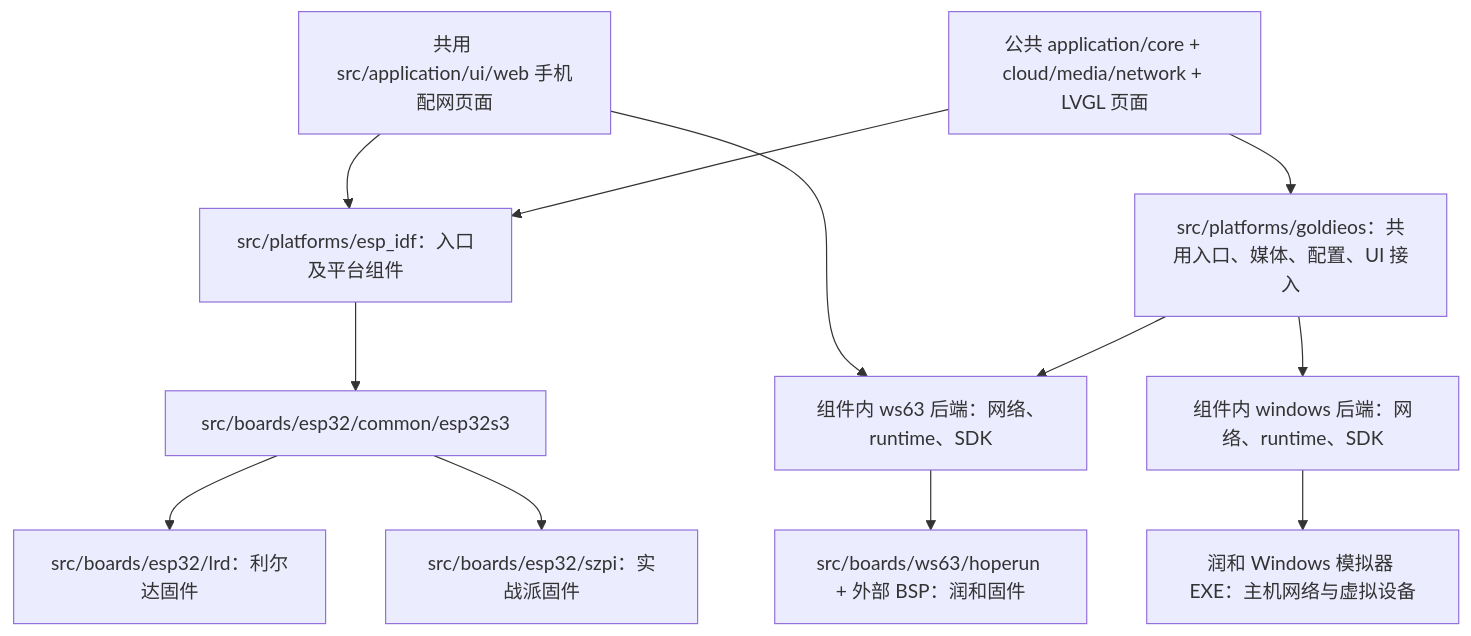
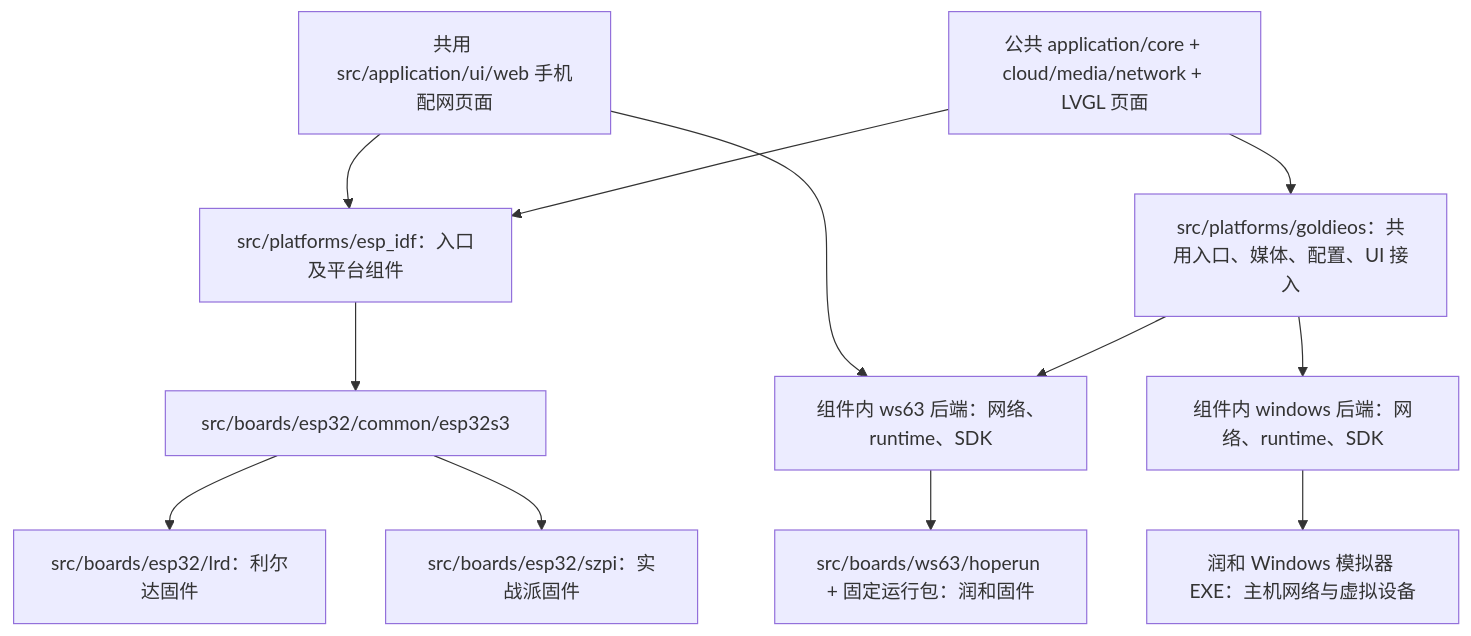
One commit to dbwu/ai-hardware-agent-examples changed the second of 4 diagrams in docs/architecture-walkthrough.md. Above: the diagram before and after it, drawn with Mermaid. The commit also changed other lines of this file and 42 other files, not shown here.

````diff
--- a/docs/architecture-walkthrough.md
+++ b/docs/architecture-walkthrough.md
@@ -77,15 +77,15 @@
 ```mermaid
 flowchart TB
     Shared[公共 application/core + cloud/media/network + LVGL 页面]
     Shared --> ESP[src/platforms/esp_idf：入口及平台组件]
     Shared --> Gold[src/platforms/goldieos：共用入口、媒体、配置、UI 接入]
     ESP --> EBoard[src/boards/esp32/common/esp32s3]
     EBoard --> LRD[src/boards/esp32/lrd：利尔达固件]
     EBoard --> SZPI[src/boards/esp32/szpi：实战派固件]
     Gold --> WS[组件内 ws63 后端：网络、runtime、SDK]
     Gold --> Win[组件内 windows 后端：网络、runtime、SDK]
-    WS --> HB[src/boards/ws63/hoperun + 外部 BSP：润和固件]
+    WS --> HB[src/boards/ws63/hoperun + 固定运行包：润和固件]
     Win --> Sim[润和 Windows 模拟器 EXE：主机网络与虚拟设备]
     Web[共用 src/application/ui/web 手机配网页面] --> ESP
     Web --> WS
 ```
````
